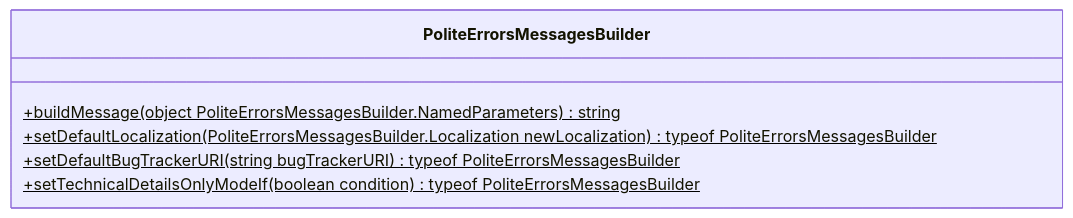
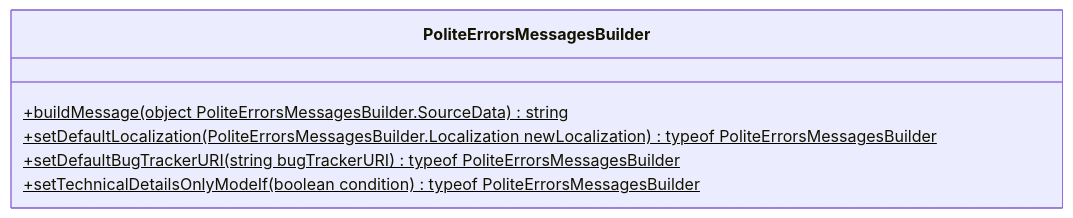
Before and after one commit to TokugawaTakeshi/Yamato-Daiwa-ES-Extensions: the diagram in CoreLibrary/Package/Documentation/PoliteErrorsMessagesBuilder/PoliteErrorsMessagesBuilder.md, drawn with Mermaid. The commit also changed 28 other files, not shown here.

````diff
--- a/CoreLibrary/Package/Documentation/PoliteErrorsMessagesBuilder/PoliteErrorsMessagesBuilder.md
+++ b/CoreLibrary/Package/Documentation/PoliteErrorsMessagesBuilder/PoliteErrorsMessagesBuilder.md
@@ -4,9 +4,9 @@
 ```mermaid
 classDiagram
 class PoliteErrorsMessagesBuilder{
-  +buildMessage(object PoliteErrorsMessagesBuilder.NamedParameters)$ string
+  +buildMessage(object PoliteErrorsMessagesBuilder.SourceData)$ string
   +setDefaultLocalization(PoliteErrorsMessagesBuilder.Localization newLocalization)$ typeof PoliteErrorsMessagesBuilder
   +setDefaultBugTrackerURI(string bugTrackerURI)$ typeof PoliteErrorsMessagesBuilder
   +setTechnicalDetailsOnlyModeIf(boolean condition)$ typeof PoliteErrorsMessagesBuilder
 }
 ```
````
